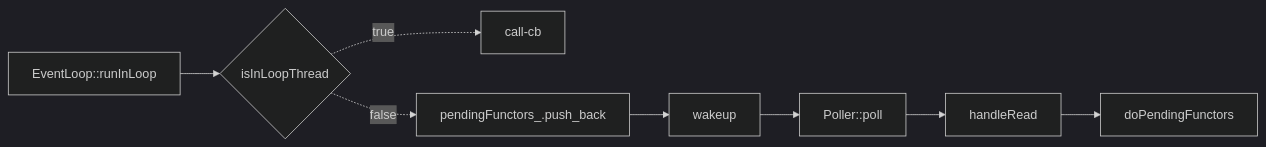
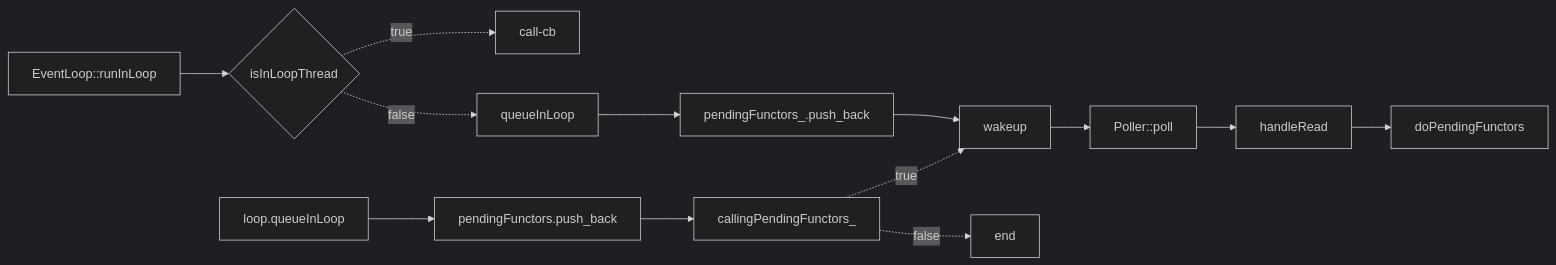
One commit to Hsurpass/Blogs changed the seventh of 10 diagrams in muduo/study.md. Above: the diagram before and after it, drawn with Mermaid (dark theme). The commit also changed other lines of this file, not shown here.

````diff
--- a/muduo/study.md
+++ b/muduo/study.md
@@ -187,5 +197,8 @@
 ```mermaid
 graph LR
 EventLoop::runInLoop --> 是否是loop所在线程调用runInLoop{isInLoopThread} -.true.-> call-cb
-是否是loop所在线程调用runInLoop{isInLoopThread} -.false.-> pendingFunctors_.push_back --> wakeup --> Poller::poll --> handleRead --> doPendingFunctors 
+是否是loop所在线程调用runInLoop{isInLoopThread} -.false.-> queueInLoop-->pendingFunctors_.push_back --> wakeup --> Poller::poll --> handleRead --> doPendingFunctors 
+
+当前loop线程[loop.queueInLoop] --> pendingFunctors.push_back --> callingPendingFunctors_ -.true.-> wakeup
+callingPendingFunctors_ -.false.-> 说明还没执行到doPendingFunctors,不需要唤醒[end]
 ```
````
